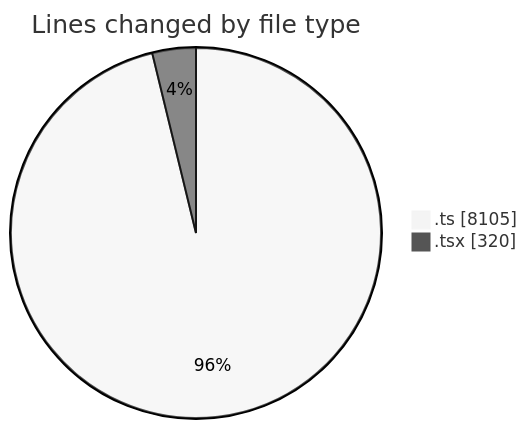
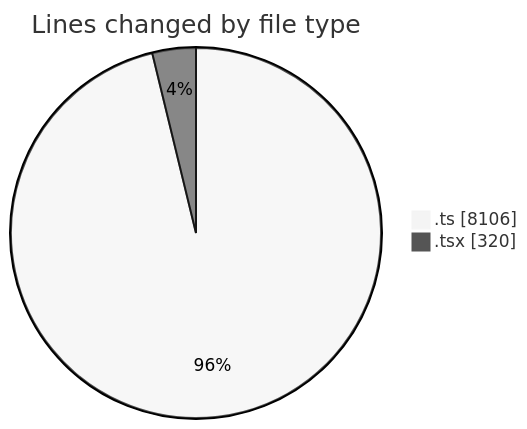
One commit to momahboobian/code-tracking changed the first of 2 diagrams in 2025-08-13/cda/README.md. Above: the diagram before and after it, drawn with Mermaid (neutral theme). The commit also changed other lines of this file and 1 other file, not shown here.

````diff
--- a/2025-08-13/cda/README.md
+++ b/2025-08-13/cda/README.md
@@ -24,6 +24,6 @@
 ```mermaid
 pie showData
 title Lines changed by file type
-".ts" : 8105
+".ts" : 8106
 ".tsx" : 320
 ```
````
